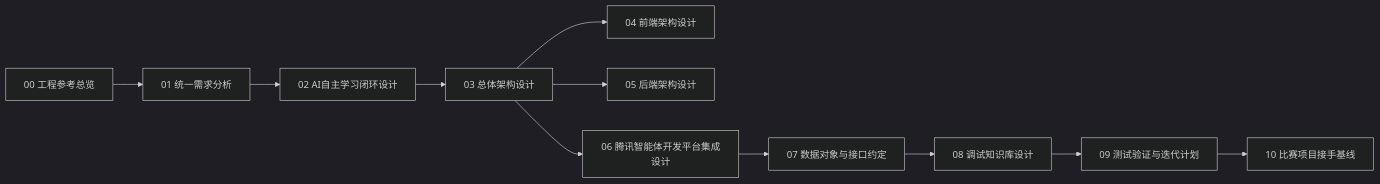
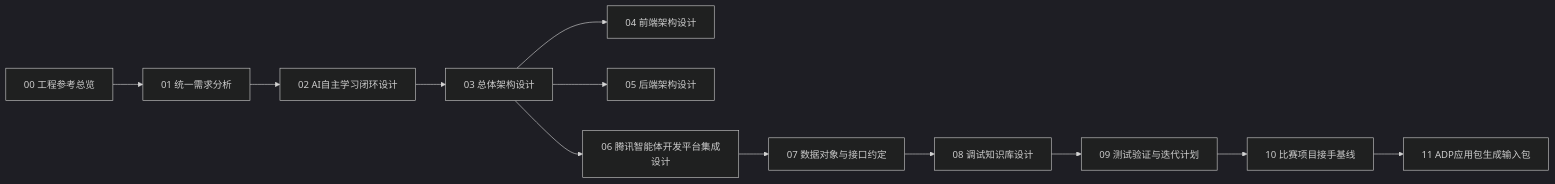
Before and after one commit to chenqsq/doc-showcase: the first of 2 diagrams in doc/开发文档/00-开发总览.md, drawn with Mermaid (dark theme). The commit also changed other lines of this file and 197 other files, not shown here.

````diff
--- a/doc/开发文档/00-开发总览.md
+++ b/doc/开发文档/00-开发总览.md
@@ -26,13 +26,14 @@
 ```mermaid
 flowchart LR
     A[00 工程参考总览] --> B[01 统一需求分析]
     B --> C[02 AI自主学习闭环设计]
     C --> D[03 总体架构设计]
     D --> E[04 前端架构设计]
     D --> F[05 后端架构设计]
     D --> G[06 腾讯智能体开发平台集成设计]
     G --> H[07 数据对象与接口约定]
     H --> I[08 调试知识库设计]
     I --> J[09 测试验证与迭代计划]
     J --> K[10 比赛项目接手基线]
+    K --> L[11 ADP应用包生成输入包]
 ```
````
